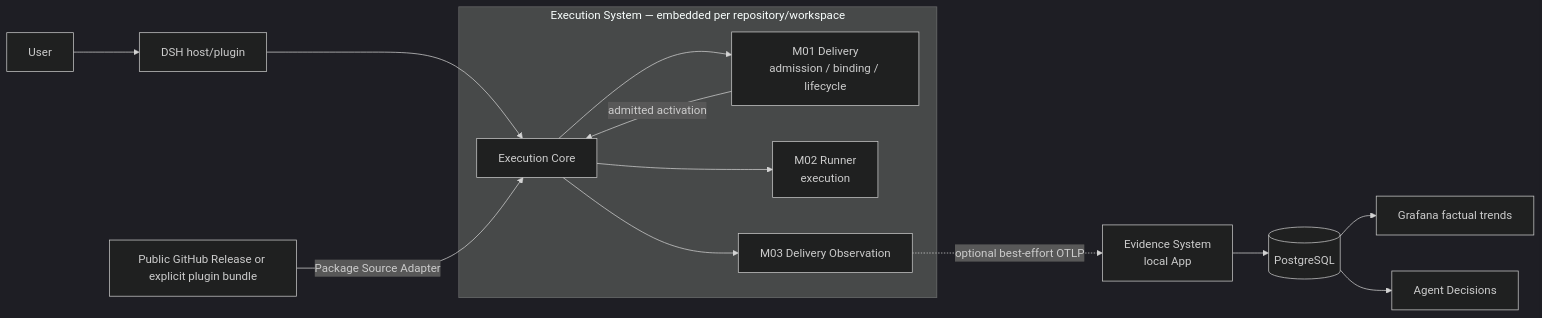
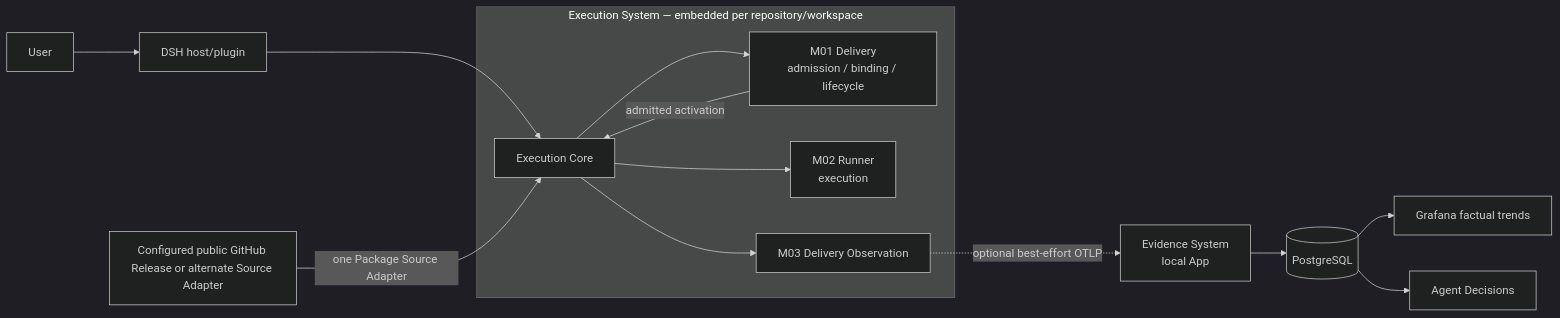
One commit to firestige/workflow-self-recursive changed the diagram in docs/agent-architecture.md. Above: the diagram before and after it, drawn with Mermaid (dark theme). The commit also changed other lines of this file and 5 other files, not shown here.

````diff
--- a/docs/agent-architecture.md
+++ b/docs/agent-architecture.md
@@ -45,16 +45,16 @@
 ```mermaid
 flowchart LR
     U["User"] --> H["DSH host/plugin"]
     subgraph X["Execution System — embedded per repository/workspace"]
       Core["Execution Core"] --> D["M01 Delivery<br/>admission / binding / lifecycle"]
       D -->|"admitted activation"| Core
       Core --> R["M02 Runner<br/>execution"]
       Core --> O["M03 Delivery Observation"]
     end
     H --> Core
-    S["Public GitHub Release or explicit plugin bundle"] -->|"Package Source Adapter"| Core
+    S["Configured public GitHub Release or alternate Source Adapter"] -->|"one Package Source Adapter"| Core
     O -. "optional best-effort OTLP" .-> E["Evidence System<br/>local App"]
     E --> P[("PostgreSQL")]
     P --> G["Grafana factual trends"]
     P --> A["Agent Decisions"]
 ```
````
